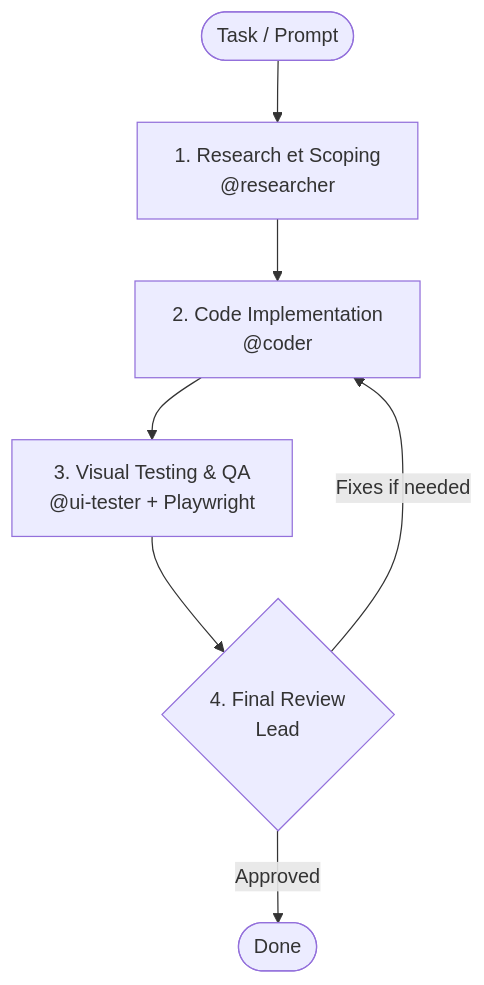
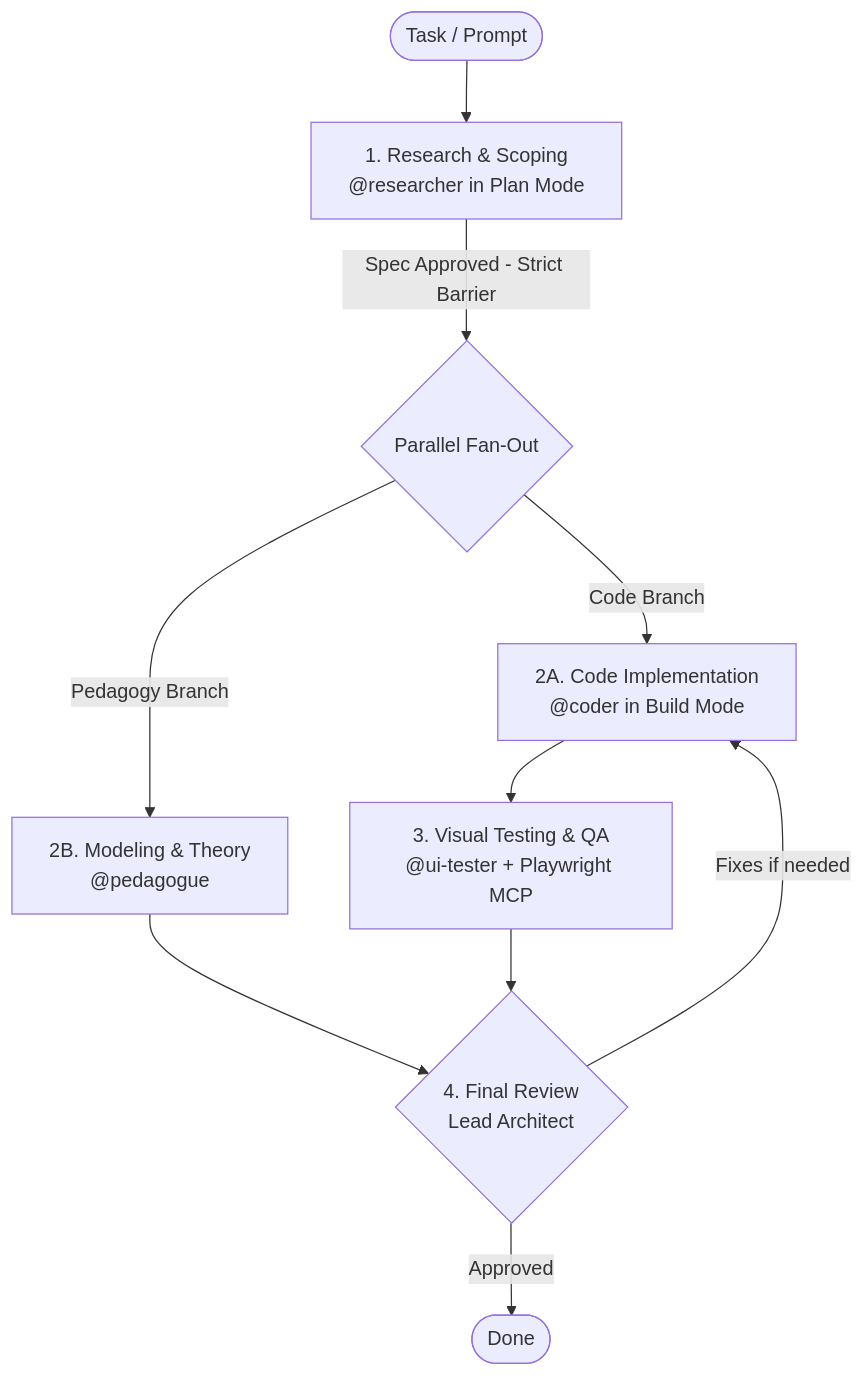
Before and after one commit to lyko27/worflow-AI: the diagram in README.md, drawn with Mermaid. The commit also changed other lines of this file and 6 other files, not shown here.

````diff
--- a/README.md
+++ b/README.md
@@ -15,9 +15,12 @@
 ```mermaid
 flowchart TD
-    Start([Task / Prompt]) --> P1[1. Research et Scoping\n@researcher]
-    P1 --> P2[2. Code Implementation\n@coder]
-    P2 --> P3[3. Visual Testing & QA\n@ui-tester + Playwright]
-    P3 --> P4{4. Final Review\nLead}
-    P4 -- Fixes if needed --> P2
+    Start([Task / Prompt]) --> P1[1. Research & Scoping\n@researcher in Plan Mode]
+    P1 -->|Spec Approved - Strict Barrier| FanOut{Parallel Fan-Out}
+    FanOut -->|Code Branch| P2A[2A. Code Implementation\n@coder in Build Mode]
+    FanOut -->|Pedagogy Branch| P2B[2B. Modeling & Theory\n@pedagogue]
+    P2A --> P3[3. Visual Testing & QA\n@ui-tester + Playwright MCP]
+    P2B --> P4
+    P3 --> P4{4. Final Review\nLead Architect}
+    P4 -- Fixes if needed --> P2A
     P4 -- Approved --> End([Done])
 ```
````
